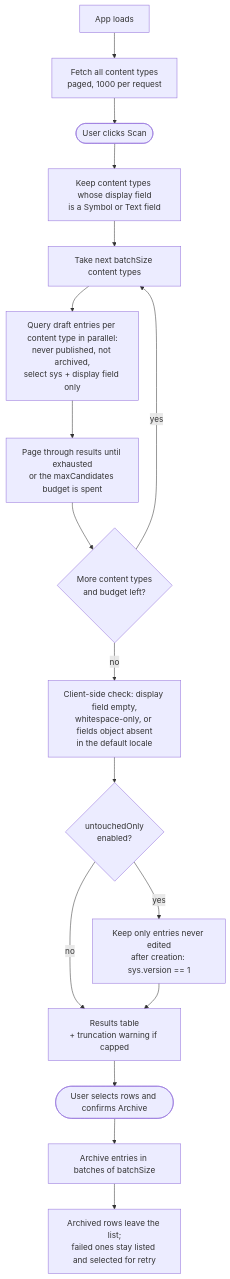
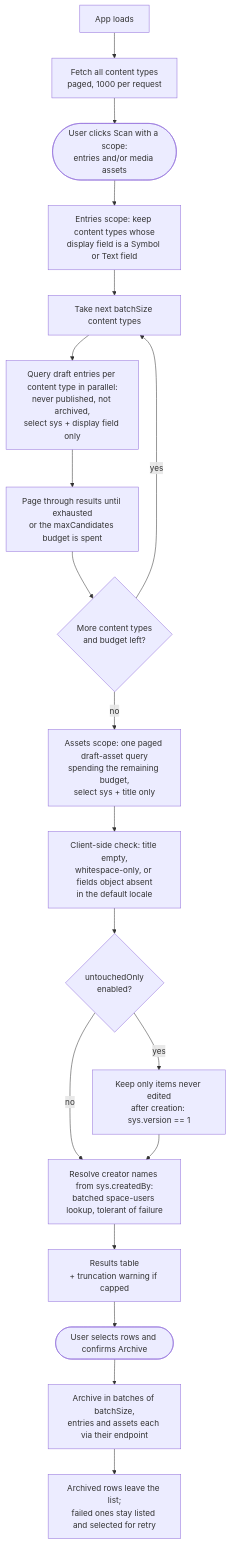
Before and after one commit to contentful/apps: the diagram in apps/find-orphans/README.md, drawn with Mermaid. The commit also changed other lines of this file and 14 other files, not shown here.

````diff
--- a/apps/find-orphans/README.md
+++ b/apps/find-orphans/README.md
@@ -39,19 +60,21 @@
 ```mermaid
 flowchart TD
     Load[App loads] --> FetchCT[Fetch all content types<br/>paged, 1000 per request]
-    FetchCT --> Scan([User clicks Scan])
-    Scan --> Filter[Keep content types whose display field<br/>is a Symbol or Text field]
+    FetchCT --> Scan([User clicks Scan with a scope:<br/>entries and/or media assets])
+    Scan --> Filter[Entries scope: keep content types whose<br/>display field is a Symbol or Text field]
     Filter --> Chunk[Take next batchSize content types]
     Chunk --> Query[Query draft entries per content type in parallel:<br/>never published, not archived,<br/>select sys + display field only]
     Query --> Pages[Page through results until exhausted<br/>or the maxCandidates budget is spent]
     Pages --> More{More content types<br/>and budget left?}
     More -- yes --> Chunk
-    More -- no --> Check[Client-side check: display field empty,<br/>whitespace-only, or fields object absent<br/>in the default locale]
+    More -- no --> AssetStep[Assets scope: one paged draft-asset query<br/>spending the remaining budget,<br/>select sys + title only]
+    AssetStep --> Check[Client-side check: title empty,<br/>whitespace-only, or fields object absent<br/>in the default locale]
     Check --> Untouched{untouchedOnly<br/>enabled?}
-    Untouched -- yes --> Version[Keep only entries never edited<br/>after creation: sys.version == 1]
-    Untouched -- no --> Results[Results table<br/>+ truncation warning if capped]
-    Version --> Results
+    Untouched -- yes --> Version[Keep only items never edited<br/>after creation: sys.version == 1]
+    Untouched -- no --> Resolve
+    Version --> Resolve[Resolve creator names from sys.createdBy:<br/>batched space-users lookup, tolerant of failure]
+    Resolve --> Results[Results table<br/>+ truncation warning if capped]
     Results --> Archive([User selects rows and confirms Archive])
-    Archive --> Batches[Archive entries in batches of batchSize]
+    Archive --> Batches[Archive in batches of batchSize,<br/>entries and assets each via their endpoint]
     Batches --> Done[Archived rows leave the list;<br/>failed ones stay listed and selected for retry]
 ```
````
